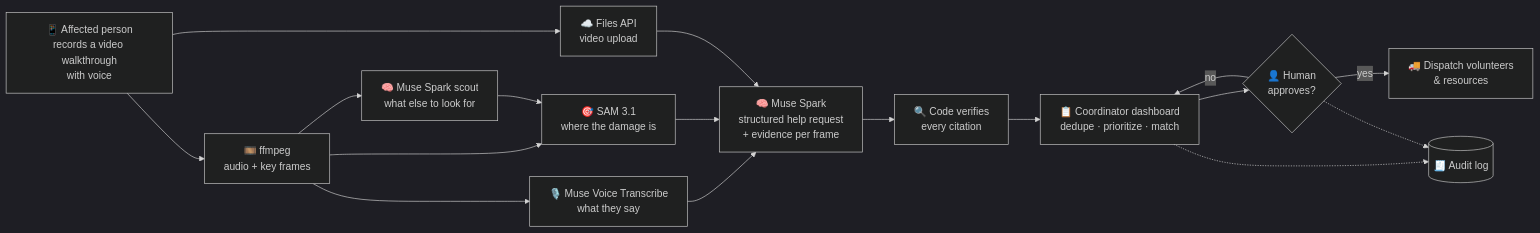
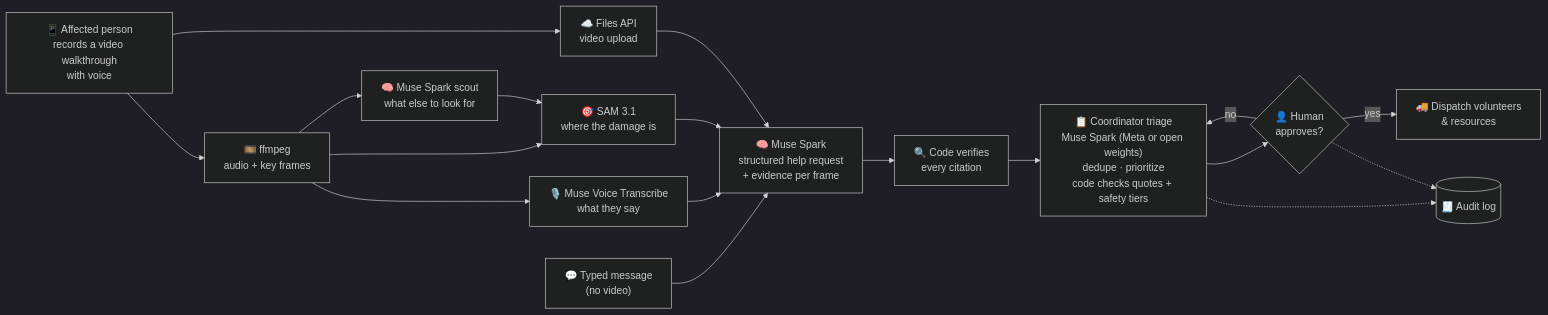
Before and after one commit to SapSaeta/relief-net: the first of 6 diagrams in README.md, drawn with Mermaid (dark theme). The commit also changed other lines of this file and 4 other files, not shown here.

Commit message:
feat: coordinator dashboard and README for triage on both providers

````diff
--- a/README.md
+++ b/README.md
@@ -32,18 +32,19 @@
 ```mermaid
 flowchart LR
     A["📱 Affected person<br/>records a video walkthrough<br/>with voice"] --> P["🎞️ ffmpeg<br/>audio + key frames"]
     P --> C["🎙️ Muse Voice Transcribe<br/>what they say"]
     P --> E["🎯 SAM 3.1<br/>where the damage is"]
     P --> S["🧠 Muse Spark scout<br/>what else to look for"] --> E
     A --> B["☁️ Files API<br/>video upload"]
+    T["💬 Typed message<br/>(no video)"] --> F
     C --> F["🧠 Muse Spark<br/>structured help request<br/>+ evidence per frame"]
     E --> F
     B --> F
     F --> V["🔍 Code verifies<br/>every citation"] --> G
-    G["📋 Coordinator dashboard<br/>dedupe · prioritize · match"]
+    G["📋 Coordinator triage<br/>Muse Spark (Meta or open weights)<br/>dedupe · prioritize<br/>code checks quotes + safety tiers"]
     G --> H{"👤 Human<br/>approves?"}
     H -- yes --> I["🚚 Dispatch volunteers<br/>& resources"]
     H -- no --> G
     G -.-> J[("🧾 Audit log")]
     H -.-> J
 ```
````
